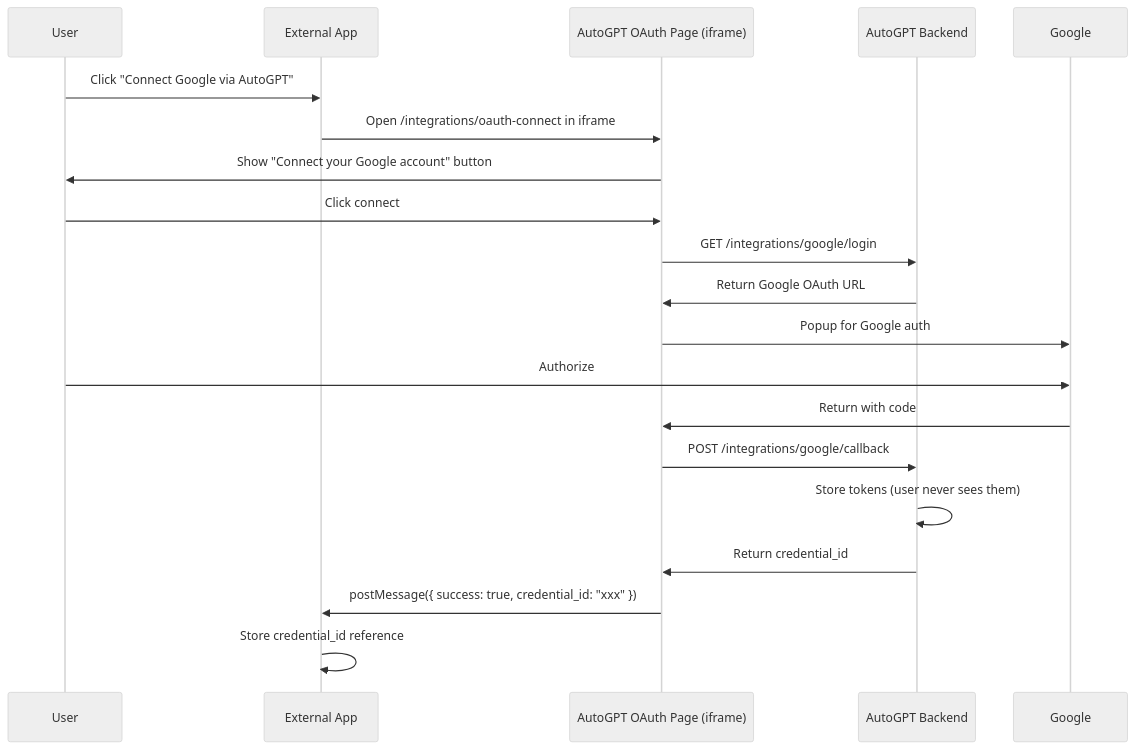
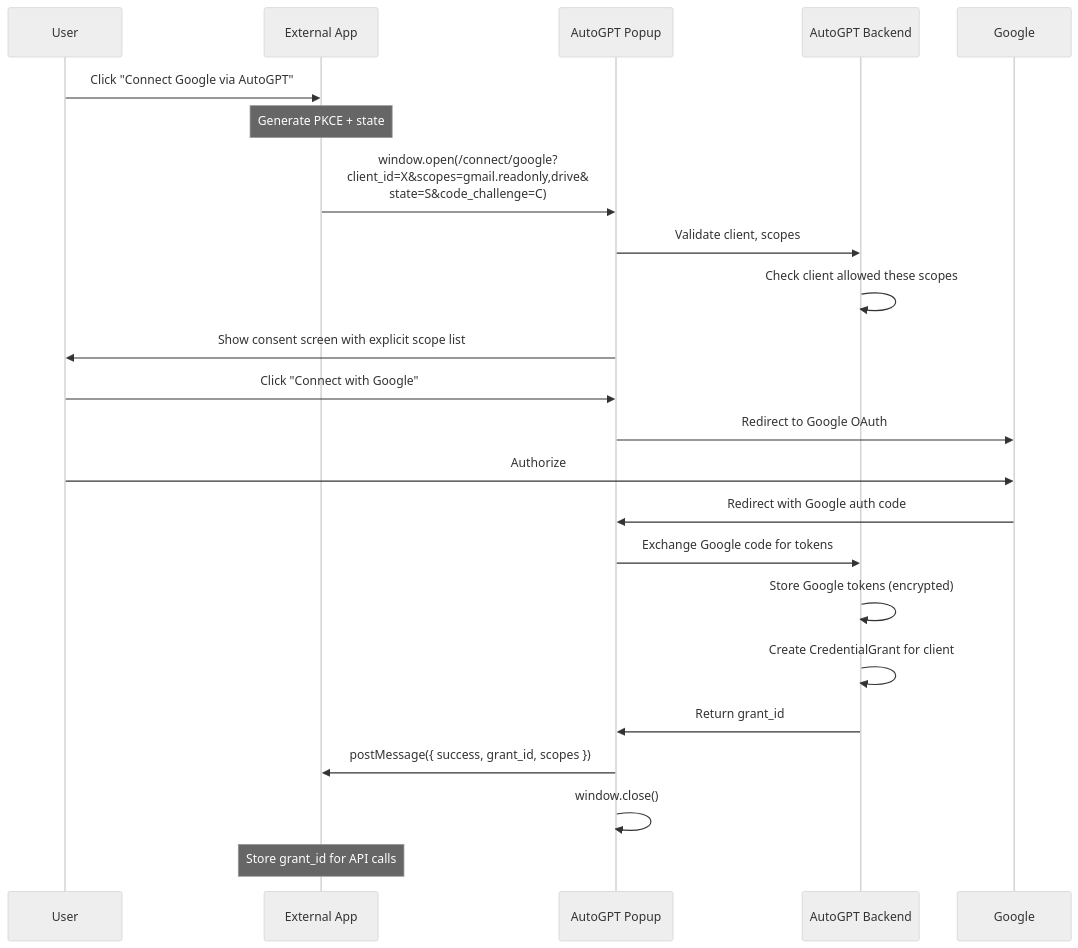
Before and after one commit to Significant-Gravitas/AutoGPT: the second of 2 diagrams in docs/content/platform/contributing/oauth-provider-design.md, drawn with Mermaid (neutral theme). The commit also changed other lines of this file, not shown here.

First line of the commit message:
docs: Enhance OAuth design with security improvements and agent execution API

````diff
--- a/docs/content/platform/contributing/oauth-provider-design.md
+++ b/docs/content/platform/contributing/oauth-provider-design.md
@@ -142,23 +298,32 @@
 ```mermaid
 sequenceDiagram
     participant User
     participant Lovable as External App
-    participant IFrame as AutoGPT OAuth Page (iframe)
-    participant AutoGPT as AutoGPT Backend
+    participant Popup as AutoGPT Popup
+    participant Backend as AutoGPT Backend
     participant Google
 
     User->>Lovable: Click "Connect Google via AutoGPT"
-    Lovable->>IFrame: Open /integrations/oauth-connect in iframe
-    IFrame->>User: Show "Connect your Google account" button
-    User->>IFrame: Click connect
-    IFrame->>AutoGPT: GET /integrations/google/login
-    AutoGPT->>IFrame: Return Google OAuth URL
-    IFrame->>Google: Popup for Google auth
+
+    Note over Lovable: Generate PKCE + state
+    Lovable->>Popup: window.open(/connect/google?<br/>client_id=X&scopes=gmail.readonly,drive&<br/>state=S&code_challenge=C)
+
+    Popup->>Backend: Validate client, scopes
+    Backend->>Backend: Check client allowed these scopes
+    Popup->>User: Show consent screen with explicit scope list
+
+    User->>Popup: Click "Connect with Google"
+    Popup->>Google: Redirect to Google OAuth
     User->>Google: Authorize
-    Google->>IFrame: Return with code
-    IFrame->>AutoGPT: POST /integrations/google/callback
-    AutoGPT->>AutoGPT: Store tokens (user never sees them)
-    AutoGPT->>IFrame: Return credential_id
-    IFrame->>Lovable: postMessage({ success: true, credential_id: "xxx" })
-    Lovable->>Lovable: Store credential_id reference
+    Google->>Popup: Redirect with Google auth code
+
+    Popup->>Backend: Exchange Google code for tokens
+    Backend->>Backend: Store Google tokens (encrypted)
+    Backend->>Backend: Create CredentialGrant for client
+    Backend->>Popup: Return grant_id
+
+    Popup->>Lovable: postMessage({ success, grant_id, scopes })
+    Popup->>Popup: window.close()
+
+    Note over Lovable: Store grant_id for API calls
 ```
````
